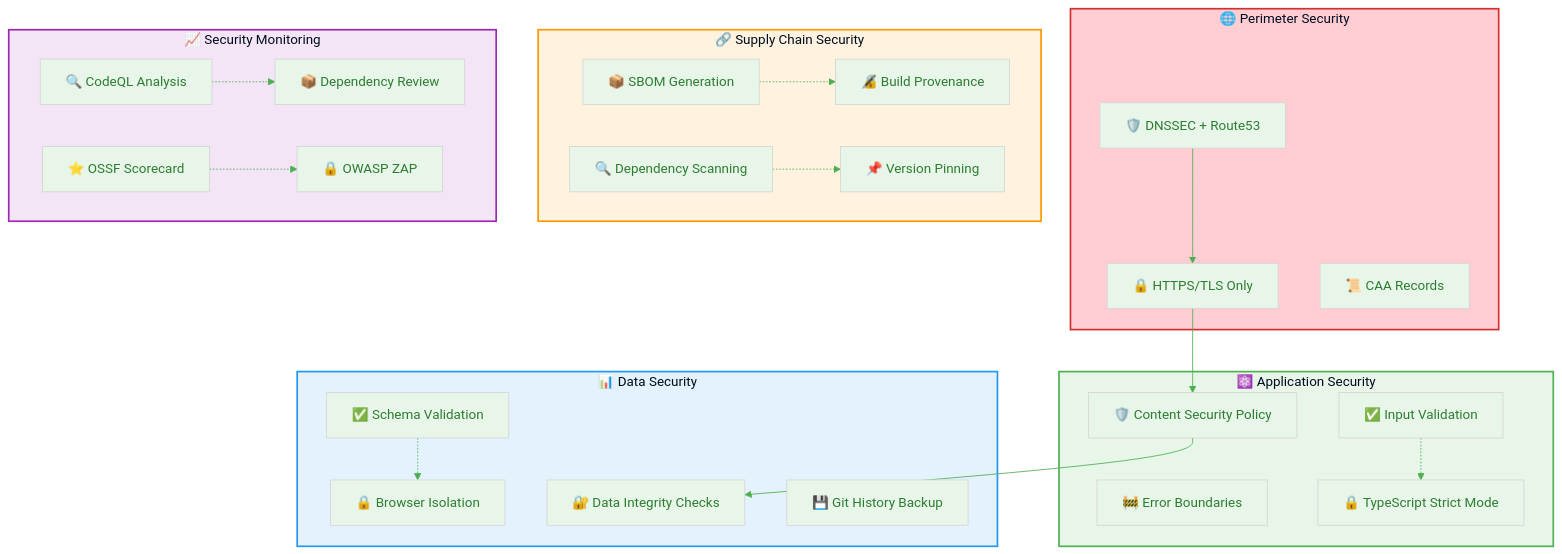
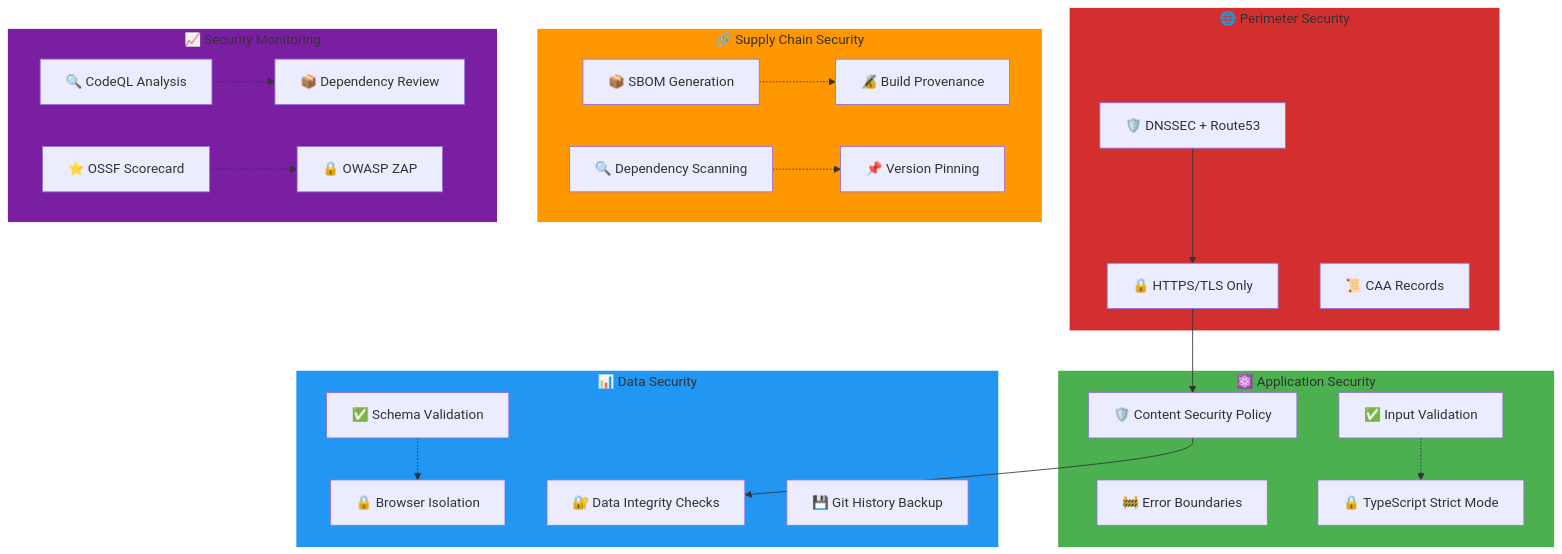
The tenth of 15 diagrams in docs/architecture/THREAT_MODEL.md (Hack23/cia-compliance-manager), drawn with Mermaid before and after one commit. The commit also changed other lines of this file and 18 other files, not shown here.

````diff
--- a/docs/architecture/THREAT_MODEL.md
+++ b/docs/architecture/THREAT_MODEL.md
@@ -655,66 +634,59 @@
 ```mermaid
 %%{
   init: {
-    'theme': 'base',
-    'themeVariables': {
-      'primaryColor': '#e8f5e9',
-      'primaryTextColor': '#2e7d32',
-      'lineColor': '#4caf50',
-      'secondaryColor': '#e3f2fd',
-      'tertiaryColor': '#fff3e0'
-    }
-  }
+    'theme': 'neutral',
+}
 }%%
 flowchart TB
     subgraph PERIMETER["🌐 Perimeter Security"]
         DNSSEC[🛡️ DNSSEC + Route53]
         HTTPS[🔒 HTTPS/TLS Only]
         CAA[📜 CAA Records]
     end
     
     subgraph SUPPLY_CHAIN["🔗 Supply Chain Security"]
         SBOM[📦 SBOM Generation]
         PROVENANCE[🔏 Build Provenance]
         DEPS[🔍 Dependency Scanning]
         PINNING[📌 Version Pinning]
     end
     
     subgraph APPLICATION["⚛️ Application Security"]
         CSP[🛡️ Content Security Policy]
         INPUT_VAL[✅ Input Validation]
         ERROR_BOUND[🚧 Error Boundaries]
         TYPE_SAFETY[🔒 TypeScript Strict Mode]
     end
     
     subgraph DATA["📊 Data Security"]
         INTEGRITY[🔐 Data Integrity Checks]
         VALIDATION[✅ Schema Validation]
         ISOLATION[🔒 Browser Isolation]
         BACKUP[💾 Git History Backup]
     end
     
     subgraph MONITORING["📈 Security Monitoring"]
         CODE_SCAN[🔍 CodeQL Analysis]
         DEP_REVIEW[📦 Dependency Review]
         SCORECARD[⭐ OSSF Scorecard]
         ZAP_SCAN[🔒 OWASP ZAP]
     end
     
     DNSSEC --> HTTPS
     HTTPS --> CSP
     CSP --> INTEGRITY
     
     SBOM -.-> PROVENANCE
     DEPS -.-> PINNING
     INPUT_VAL -.-> TYPE_SAFETY
     VALIDATION -.-> ISOLATION
     
     CODE_SCAN -.-> DEP_REVIEW
     SCORECARD -.-> ZAP_SCAN
     
-    style PERIMETER fill:#ffcdd2,stroke:#d32f2f,stroke-width:2px
-    style SUPPLY_CHAIN fill:#fff3e0,stroke:#ff9800,stroke-width:2px
-    style APPLICATION fill:#e8f5e9,stroke:#4caf50,stroke-width:2px
-    style DATA fill:#e3f2fd,stroke:#2196f3,stroke-width:2px
-    style MONITORING fill:#f3e5f5,stroke:#9c27b0,stroke-width:2px
+    style PERIMETER fill:#D32F2F,stroke:#d32f2f,stroke-width:2px
+    style SUPPLY_CHAIN fill:#FF9800,stroke:#ff9800,stroke-width:2px
+    style APPLICATION fill:#4CAF50,stroke:#4caf50,stroke-width:2px
+    style DATA fill:#2196F3,stroke:#2196f3,stroke-width:2px
+    style MONITORING fill:#7B1FA2,stroke:#7B1FA2,stroke-width:2px
 ```
````
